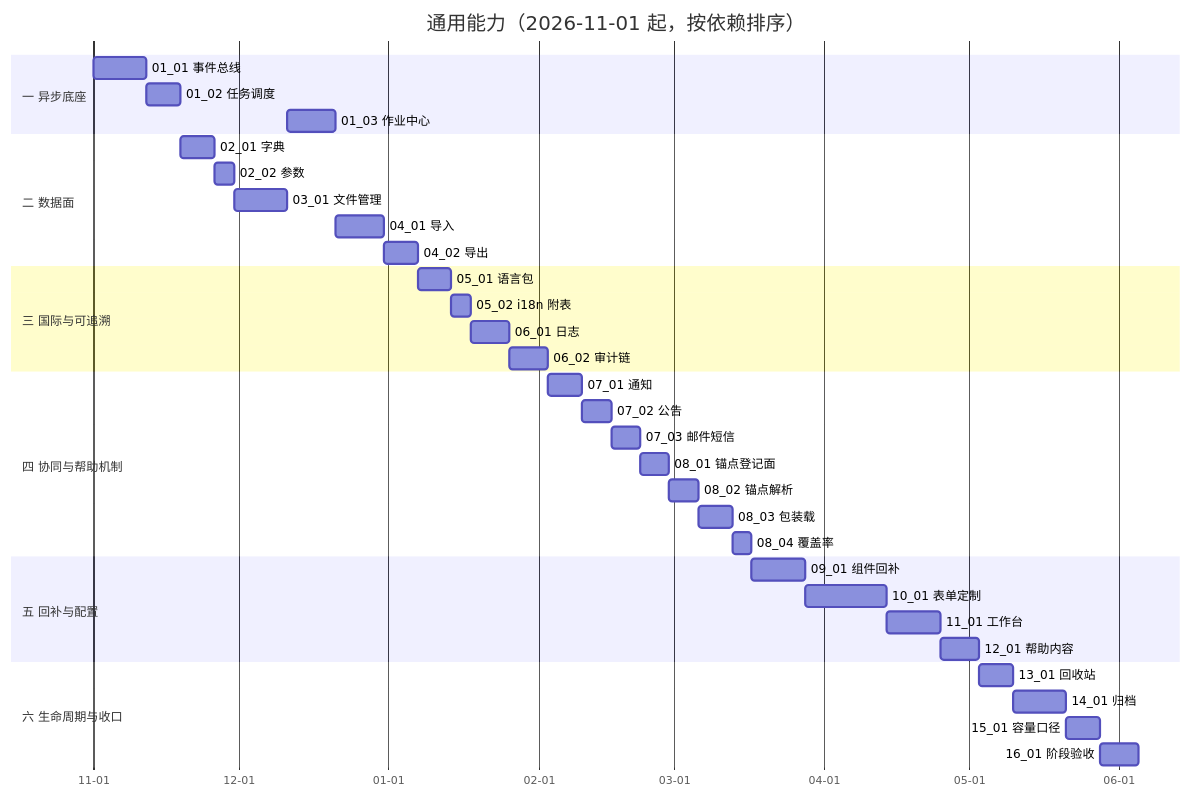
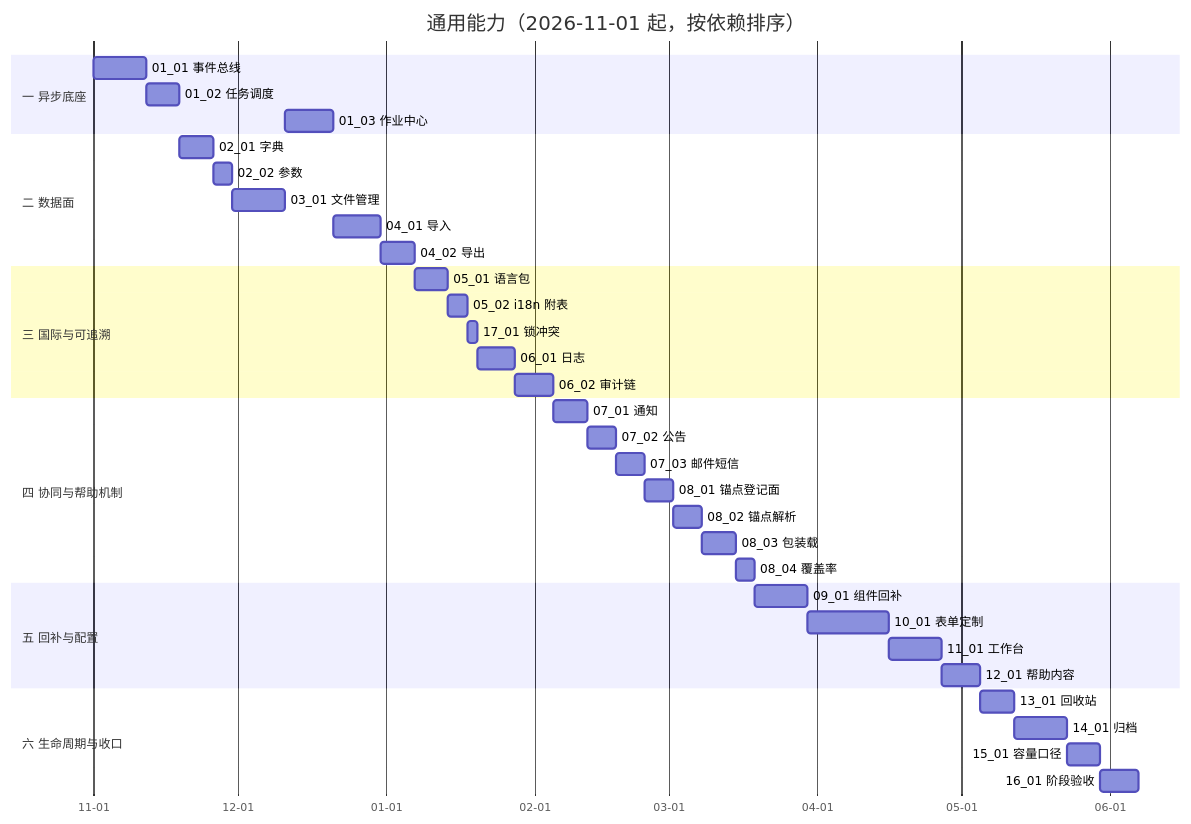
The diagram in bms文档/项目/08_通用能力/计划/01_计划_通用能力.md (minjian123/basic-management-system), drawn with Mermaid before and after one commit. The commit also changed other lines of this file and 12 other files, not shown here.

````diff
--- a/bms文档/项目/08_通用能力/计划/01_计划_通用能力.md
+++ b/bms文档/项目/08_通用能力/计划/01_计划_通用能力.md
@@ -58,39 +59,40 @@
 ```mermaid
 gantt
     title 通用能力（2026-11-01 起，按依赖排序）
     dateFormat YYYY-MM-DD
     axisFormat %m-%d
     section 一 异步底座
     01_01 事件总线 :t0101, 2026-11-01, 11d
     01_02 任务调度 :t0102, after t0101, 7d
     01_03 作业中心 :t0103, 2026-12-11, 10d
     section 二 数据面
     02_01 字典 :t0201, after t0102, 7d
     02_02 参数 :t0202, after t0201, 4d
     03_01 文件管理 :t0301, after t0202, 11d
     04_01 导入 :t0401, after t0103, 10d
     04_02 导出 :t0402, after t0401, 7d
     section 三 国际与可追溯
     05_01 语言包 :t0501, after t0402, 7d
     05_02 i18n 附表 :t0502, after t0501, 4d
-    06_01 日志 :t0601, after t0502, 8d
+    17_01 锁冲突 :t1701, after t0502, 2d
+    06_01 日志 :t0601, after t1701, 8d
     06_02 审计链 :t0602, after t0601, 8d
     section 四 协同与帮助机制
     07_01 通知 :t0701, after t0602, 7d
     07_02 公告 :t0702, after t0701, 6d
     07_03 邮件短信 :t0703, after t0702, 6d
     08_01 锚点登记面 :t0801, after t0703, 6d
     08_02 锚点解析 :t0802, after t0801, 6d
     08_03 包装载 :t0803, after t0802, 7d
     08_04 覆盖率 :t0804, after t0803, 4d
     section 五 回补与配置
     09_01 组件回补 :t0901, after t0804, 11d
     10_01 表单定制 :t1001, after t0901, 17d
     11_01 工作台 :t1101, after t1001, 11d
     12_01 帮助内容 :t1201, after t1101, 8d
     section 六 生命周期与收口
     13_01 回收站 :t1301, after t1201, 7d
     14_01 归档 :t1401, after t1301, 11d
     15_01 容量口径 :t1501, after t1401, 7d
     16_01 阶段验收 :t1601, after t1501, 8d
 ```
````
